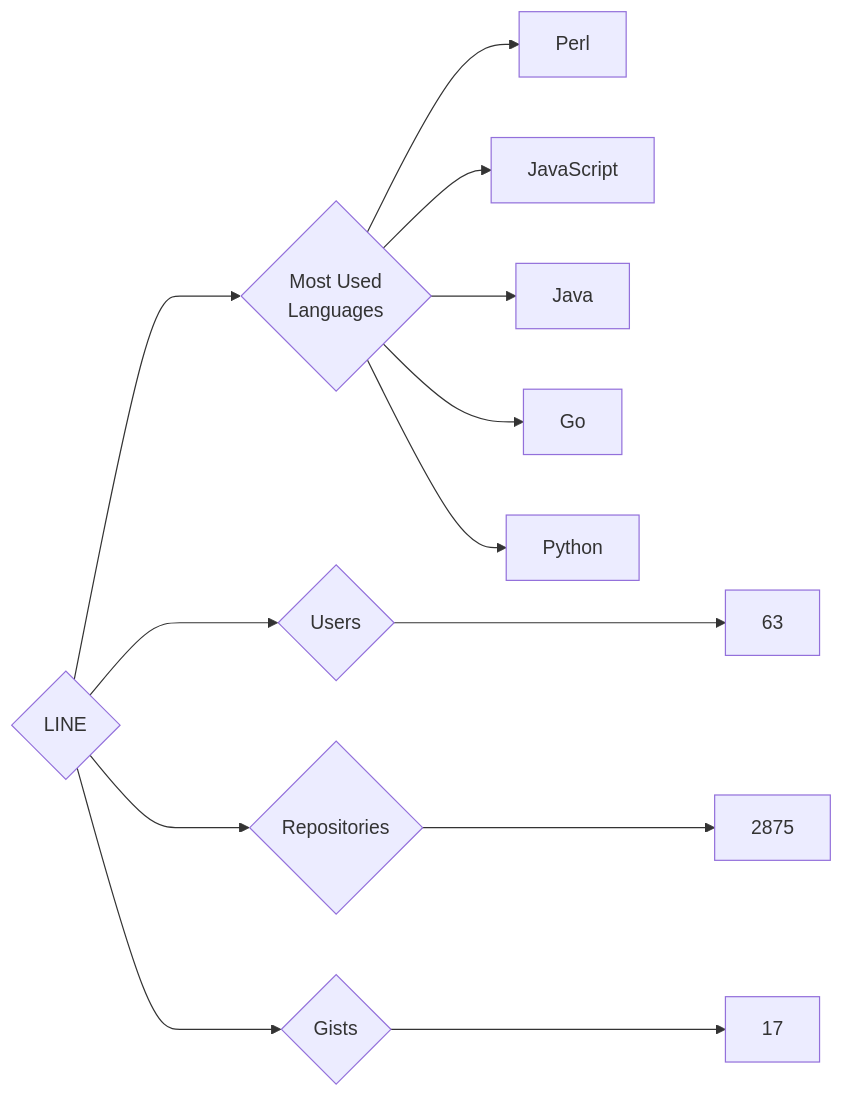
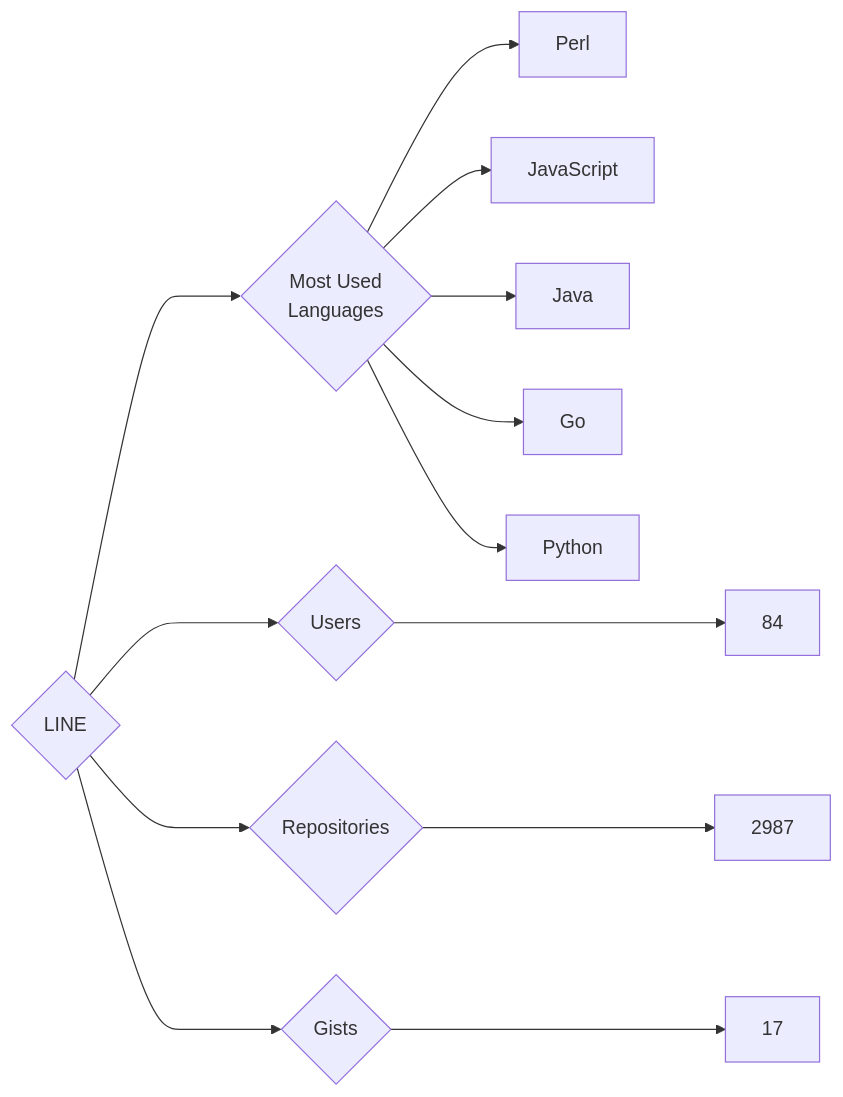
One commit to trickest/insiders changed the diagram in targets/LINE/README.md. Above: the diagram before and after it, drawn with Mermaid. The commit also changed 750 other files, not shown here.

````diff
--- a/targets/LINE/README.md
+++ b/targets/LINE/README.md
@@ -3,13 +3,13 @@
 ```mermaid
 graph LR
 COMPANY_NAME{LINE}
-COMPANY_NAME ---> U{Users} ---> UN[63]
-COMPANY_NAME ---> R{Repositories} ---> RN[2875]
+COMPANY_NAME ---> U{Users} ---> UN[84]
+COMPANY_NAME ---> R{Repositories} ---> RN[2987]
 COMPANY_NAME ---> G{Gists} ---> GN[17]
 COMPANY_NAME ---> ML{Most Used<br>Languages}
 ML --> Perl[Perl]
 ML --> JavaScript[JavaScript]
 ML --> Java[Java]
 ML --> Go[Go]
 ML --> Python[Python]
 ```
````
